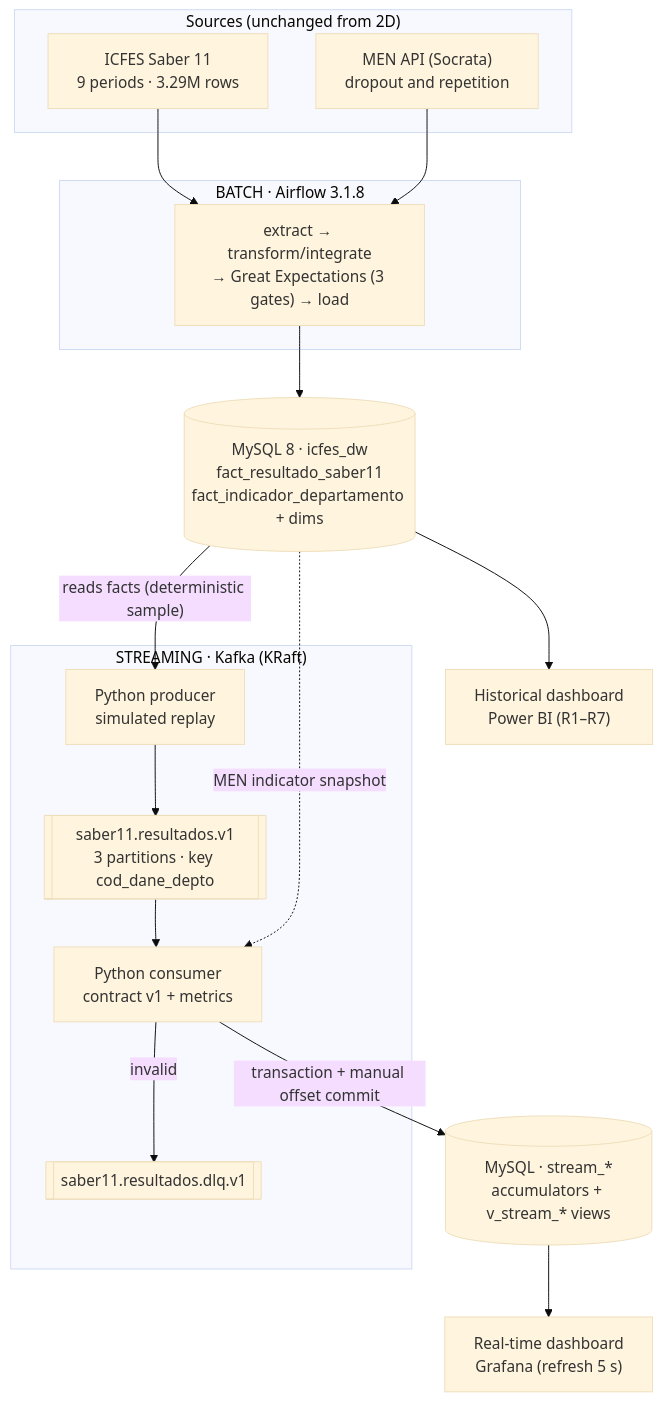
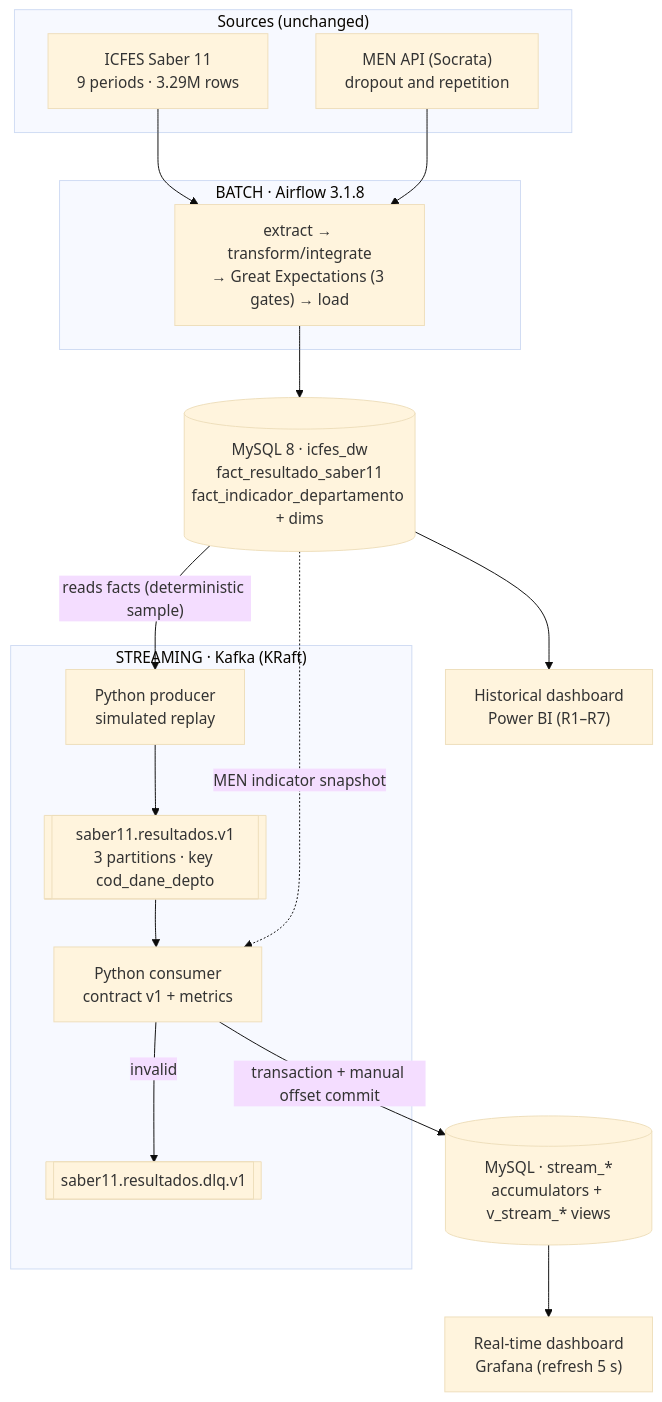
One commit to Bl4ck-Grimoire/Budget-To-Brilliance-3D changed the first of 2 diagrams in README.md. Above: the diagram before and after it, drawn with Mermaid (base theme). The commit also changed other lines of this file and 4 other files, not shown here.

````diff
--- a/README.md
+++ b/README.md
@@ -137,30 +150,30 @@
 ```mermaid
 flowchart TD
-    subgraph SRC["Sources (unchanged from 2D)"]
+    subgraph SRC["Sources (unchanged)"]
         S1["ICFES Saber 11<br/>9 periods · 3.29M rows"]
         S2["MEN API (Socrata)<br/>dropout and repetition"]
     end
     subgraph BATCH["BATCH · Airflow 3.1.8"]
         A["extract → transform/integrate<br/>→ Great Expectations (3 gates) → load"]
     end
     DW[("MySQL 8 · icfes_dw<br/>fact_resultado_saber11<br/>fact_indicador_departamento + dims")]
     PBI["Historical dashboard<br/>Power BI (R1–R7)"]
     subgraph STREAM["STREAMING · Kafka (KRaft)"]
         P["Python producer<br/>simulated replay"]
         T[["saber11.resultados.v1<br/>3 partitions · key cod_dane_depto"]]
         C["Python consumer<br/>contract v1 + metrics"]
         D[["saber11.resultados.dlq.v1"]]
     end
     ST[("MySQL · stream_*<br/>accumulators + v_stream_* views")]
     G["Real-time dashboard<br/>Grafana (refresh 5 s)"]
     S1 --> A
     S2 --> A
     A --> DW
     DW --> PBI
     DW -->|"reads facts (deterministic sample)"| P
     P --> T --> C
     C -->|invalid| D
     C -->|"transaction + manual offset commit"| ST
     DW -.->|"MEN indicator snapshot"| C
     ST --> G
 ```
````
